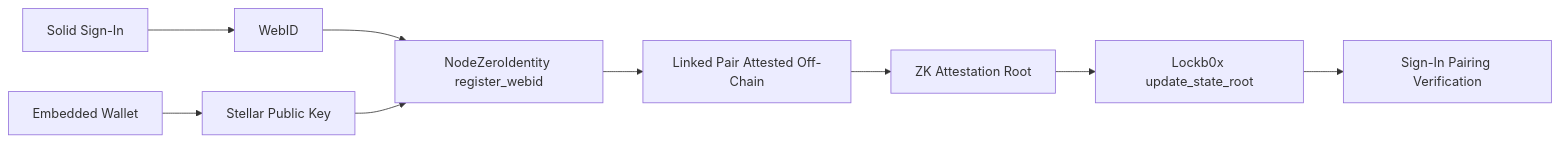
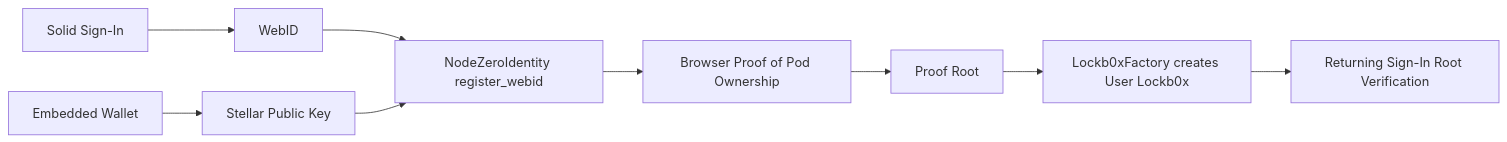
One commit to lockb0x-llc/nodezero-social changed the diagram in README.md. Above: the diagram before and after it, drawn with Mermaid. The commit also changed other lines of this file and 31 other files, not shown here.

````diff
--- a/README.md
+++ b/README.md
@@ -28,11 +31,11 @@
 ```mermaid
 flowchart LR
    A[Solid Sign-In] --> B[WebID]
    C[Embedded Wallet] --> D[Stellar Public Key]
    B --> E[NodeZeroIdentity register_webid]
    D --> E
-   E --> F[Linked Pair Attested Off-Chain]
-   F --> G[ZK Attestation Root]
-   G --> H[Lockb0x update_state_root]
-   H --> I[Sign-In Pairing Verification]
+   E --> F[Browser Proof of Pod Ownership]
+   F --> G[Proof Root]
+   G --> H[Lockb0xFactory creates User Lockb0x]
+   H --> I[Returning Sign-In Root Verification]
 ```
````
